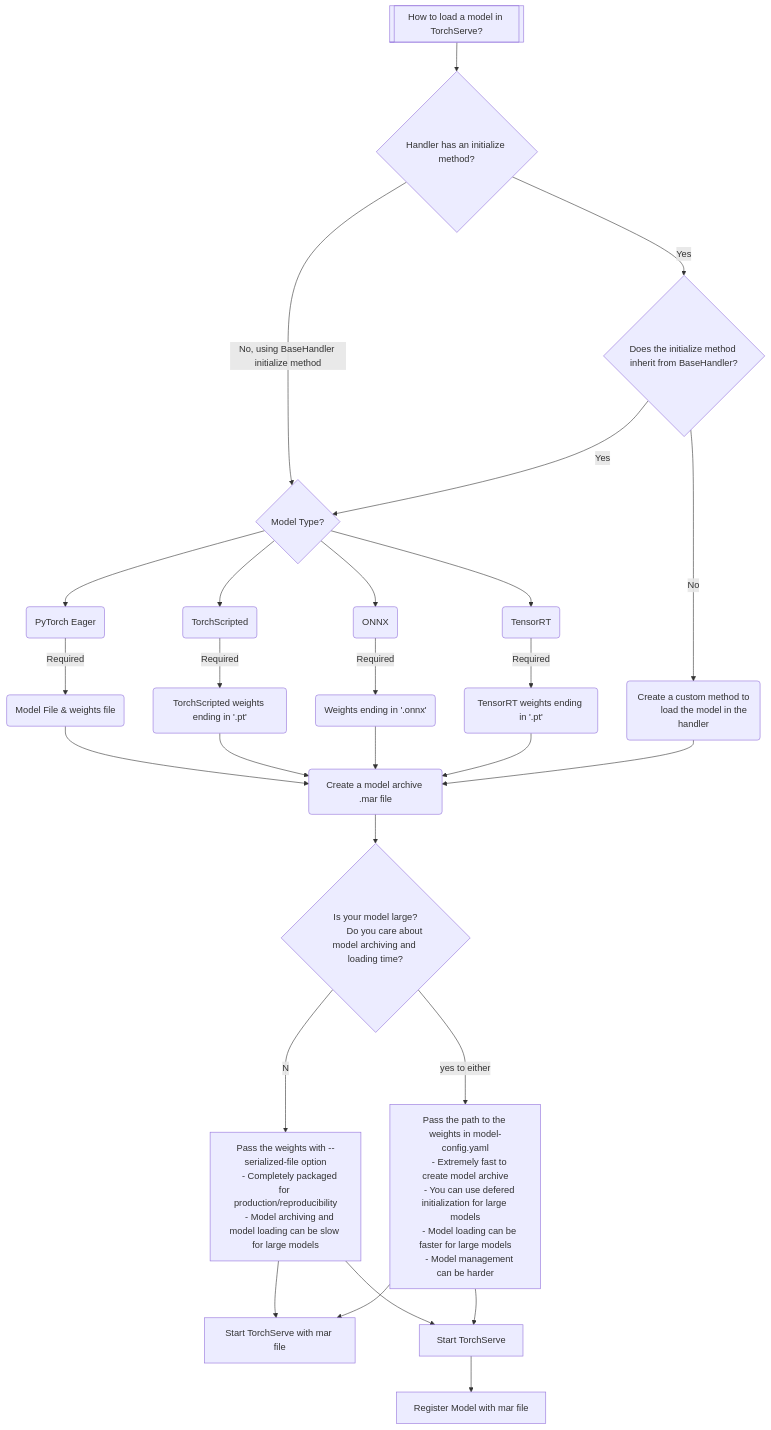
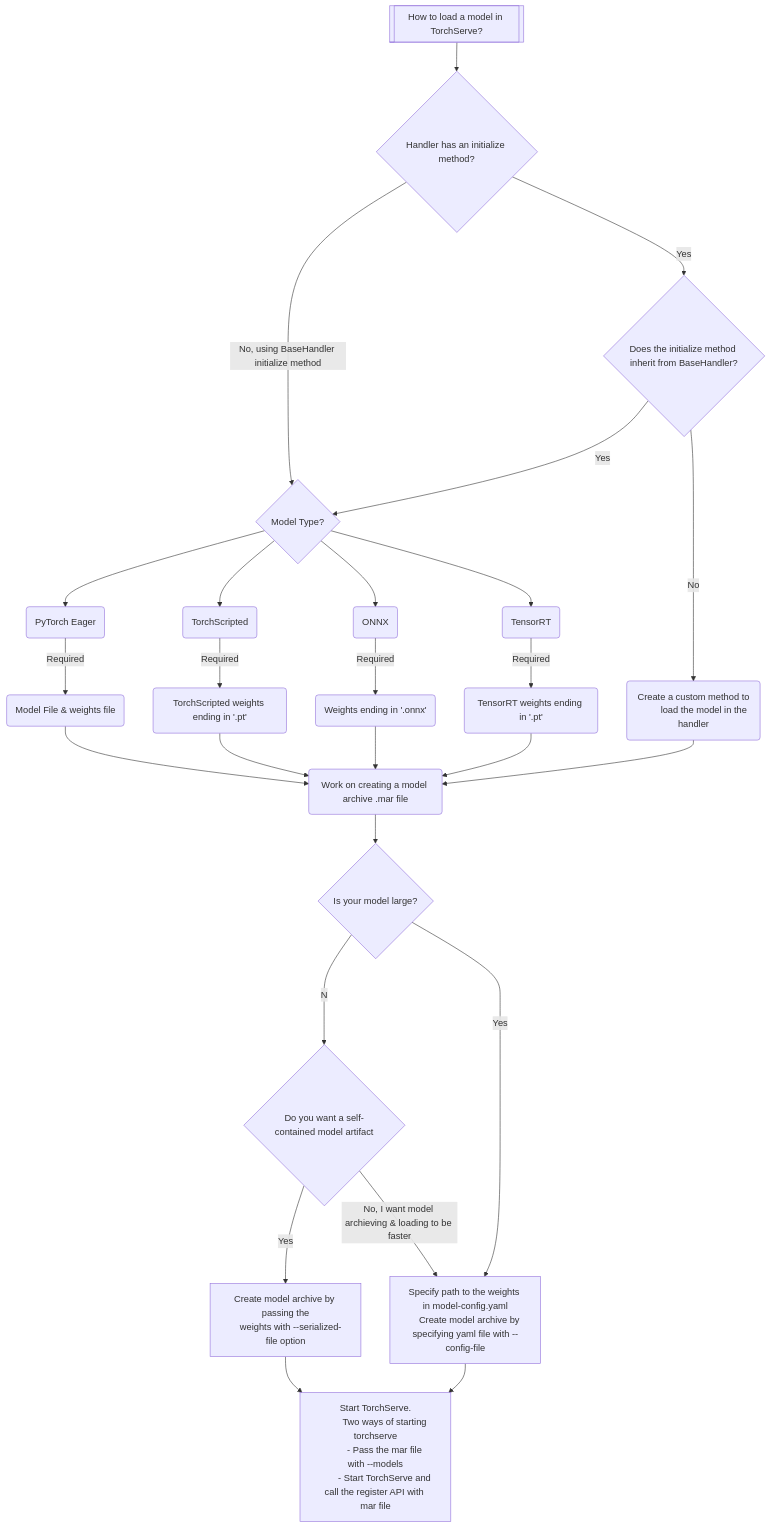
Before and after one commit to pytorch/serve: the diagram in docs/model_loading.md, drawn with Mermaid. The commit also changed other lines of this file, not shown here.

Commit message:
Based on feedback

````diff
--- a/docs/model_loading.md
+++ b/docs/model_loading.md
@@ -6,30 +7,29 @@
 ```mermaid
 flowchart TD
     id1[[How to load a model in TorchServe?]] --> id13{Handler has an initialize method?}
     id13{Handler has an initialize method?} -- No, using BaseHandler initialize method --> id2{Model Type?} --> id3(PyTorch Eager)  & id4(TorchScripted) & id5(ONNX) & id6(TensorRT)
     id3(PyTorch Eager) --Required--> id7(Model File & weights file)
     id4(TorchScripted) --Required--> id8(TorchScripted weights ending in '.pt')
     id5(ONNX) --Required --> id9(Weights ending in '.onnx')
     id6(TensorRT) --Required--> id10(TensorRT weights ending in '.pt')
     id7(Model File & weights file) & id8(TorchScripted weights ending in '.pt') &  id9(Weights ending in '.onnx') & id10(TensorRT weights ending in '.pt') --> id11(Created a model archive .mar file)
     id13{Handler has an initialize method?} --Yes--> id21{"Does the initialize method inherit from BaseHandler?"}
     id21{"Does the initialize method inherit from BaseHandler?"} -- Yes --> id2{Model Type?}
     id21{Does the initialize method inherit from BaseHandler?} -- No --> id20("Create a custom method to
          load the model in the handler") --> id11(Create a model archive .mar file)
-    id15["Pass the weights with --serialized-file option
-    - Completely packaged for production/reproducibility
-    - Model archiving and model loading can be slow for large models"]
-    id16["Pass the path to the weights in model-config.yaml
-    - Extremely fast to create model archive
-    - You can use defered initialization for large models
-    - Model loading can be faster for large models
-    - Model management can be harder"]
-	id11(Create a model archive .mar file) --> id14{"Is your model large?
-	Do you care about model archiving and loading time?"} --No--> id15
-	id14{"Is your model large?
-	Do you care about model archiving and loading time?"} --yes to either--> id16
-	id15 & id16 --> id17[Start TorchServe with mar file]
-	id15 & id16 --> id18[Start TorchServe] --> id19[Register Model with mar file]
+    id15["Create model archive by passing the
+    weights with --serialized-file option"]
+    id16["Specify path to the weights in model-config.yaml
+    Create model archive by specifying yaml file with --config-file "]
+	id11(Work on creating a model archive .mar file) --> id14{"Is your model large?"} --No--> id22{Do you want a self-contained model artifact}  --Yes--> id15
+	id14{"Is your model large?"} --Yes--> id16
+	id22{Do you want a self-contained model artifact} --No, I want model archieving & loading to be faster--> id16
+	id15 & id16 --> id17["Start TorchServe.
+	Two ways of starting torchserve
+	- Pass the mar file with --models
+	- Start TorchServe and call the register API with mar file"]
+
+
 
 
 ```
````
